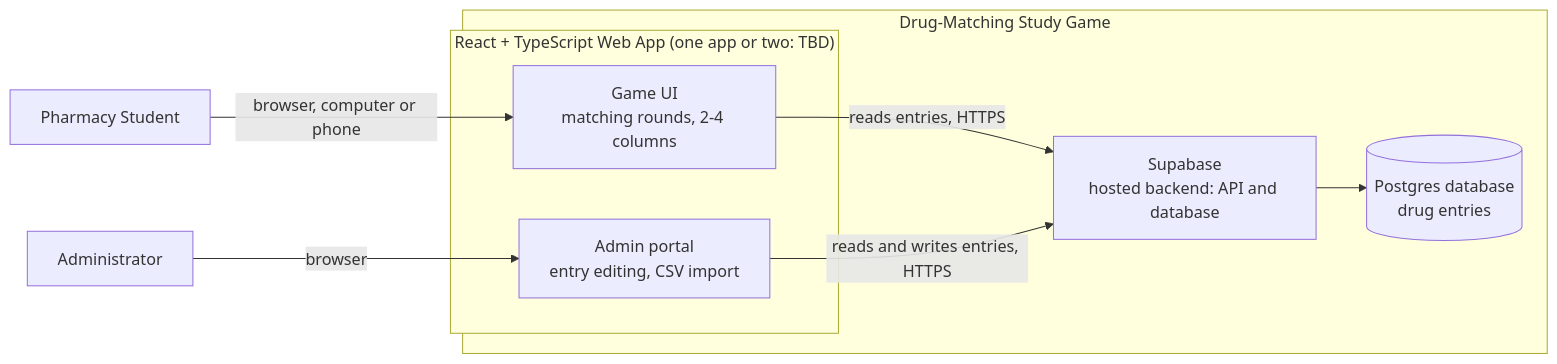
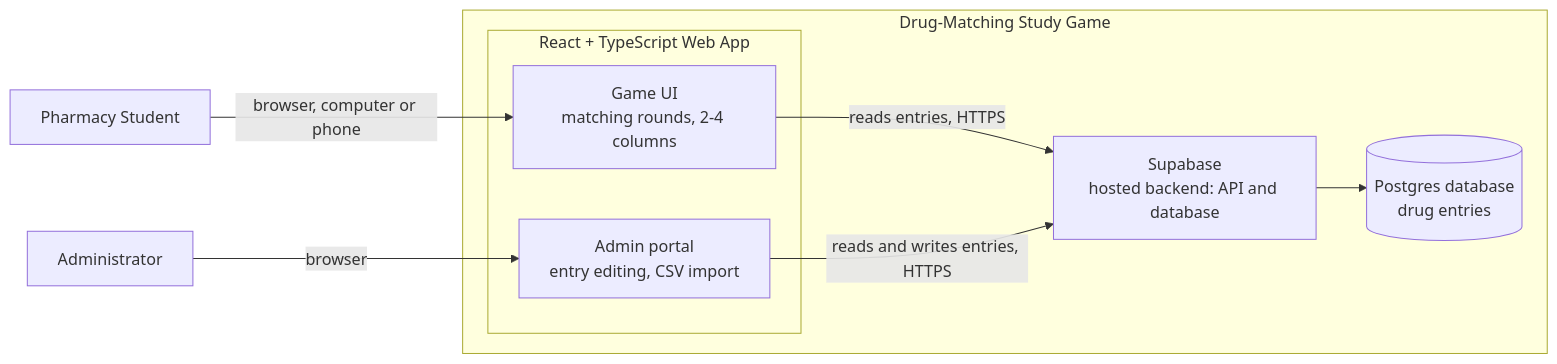
Before and after one commit to CamTcode/Drug-Matching-Game-Group-8: the second of 4 diagrams in docs/design.md, drawn with Mermaid. The commit also changed other lines of this file, not shown here.

````diff
--- a/docs/design.md
+++ b/docs/design.md
@@ -45,20 +45,20 @@
 ```mermaid
 flowchart LR
     student["Pharmacy Student"]
     admin["Administrator"]
  
     subgraph system["Drug-Matching Study Game"]
-        subgraph app["React + TypeScript Web App (one app or two: TBD)"]
+        subgraph app["React + TypeScript Web App"]
             game["Game UI<br/>matching rounds, 2-4 columns"]
             portal["Admin portal<br/>entry editing, CSV import"]
         end
         supa["Supabase<br/>hosted backend: API and database"]
         db[("Postgres database<br/>drug entries")]
     end
  
     student -->|browser, computer or phone| game
     admin -->|browser| portal
     game -->|reads entries, HTTPS| supa
     portal -->|reads and writes entries, HTTPS| supa
     supa --> db
 ```
````
